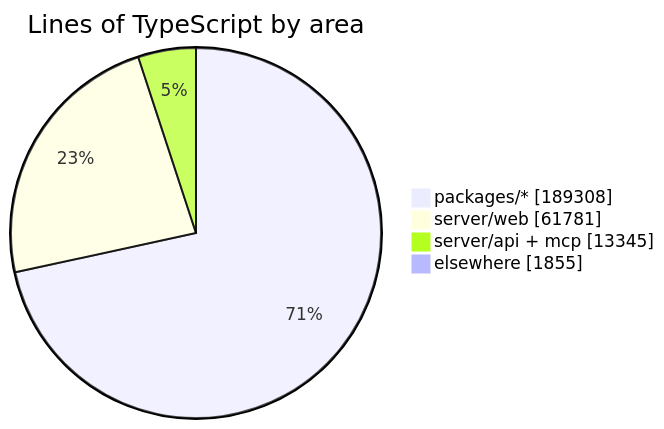
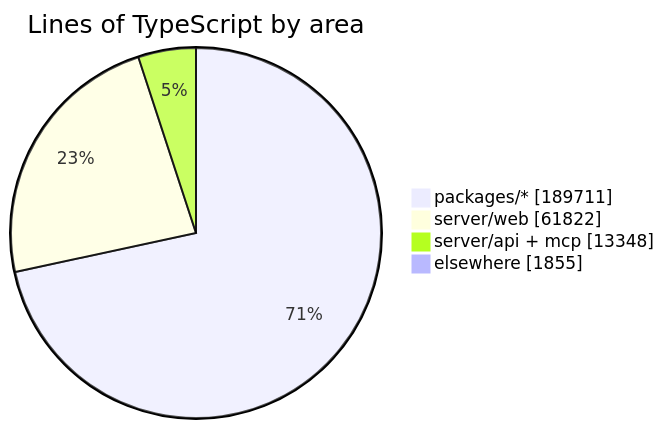
Before and after one commit to crossworks-engineering/mantle: the diagram in README.md, drawn with Mermaid. The commit also changed other lines of this file and 2 other files, not shown here.

````diff
--- a/README.md
+++ b/README.md
@@ -279,7 +279,7 @@
 ```mermaid
 pie showData title Lines of TypeScript by area
-    "packages/*" : 189308
-    "server/web" : 61781
-    "server/api + mcp" : 13345
+    "packages/*" : 189711
+    "server/web" : 61822
+    "server/api + mcp" : 13348
     "elsewhere" : 1855
 ```
````
